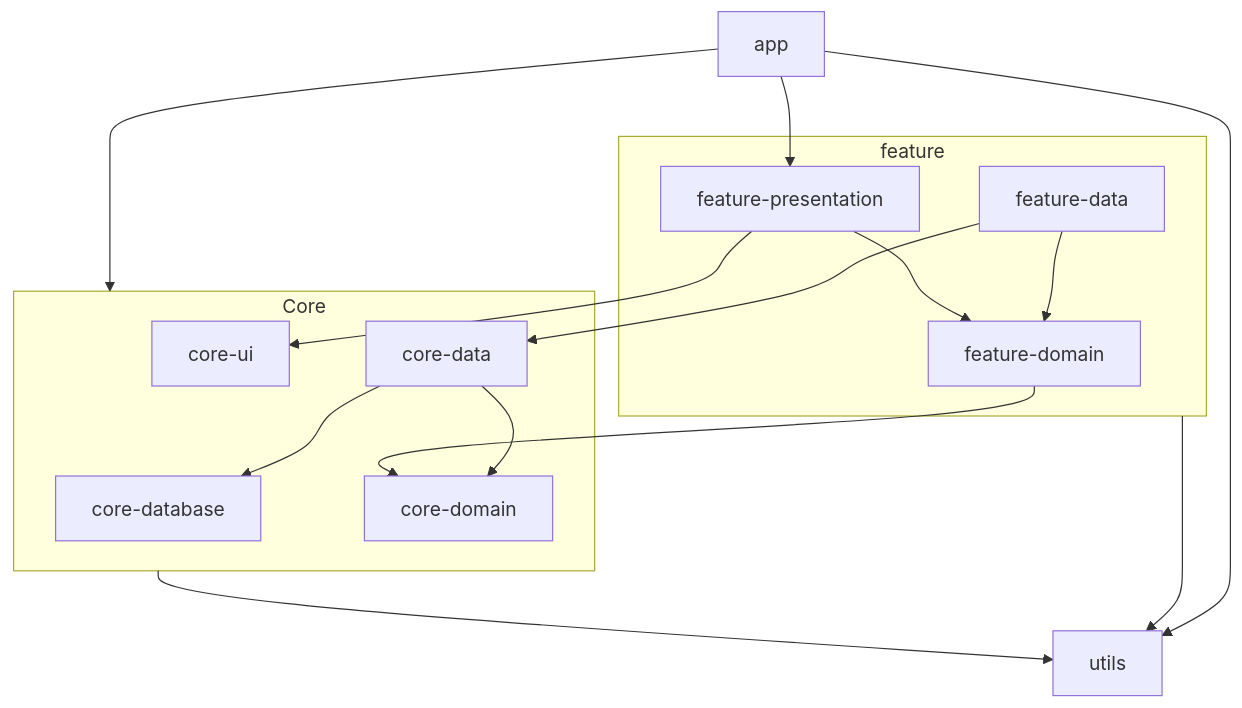
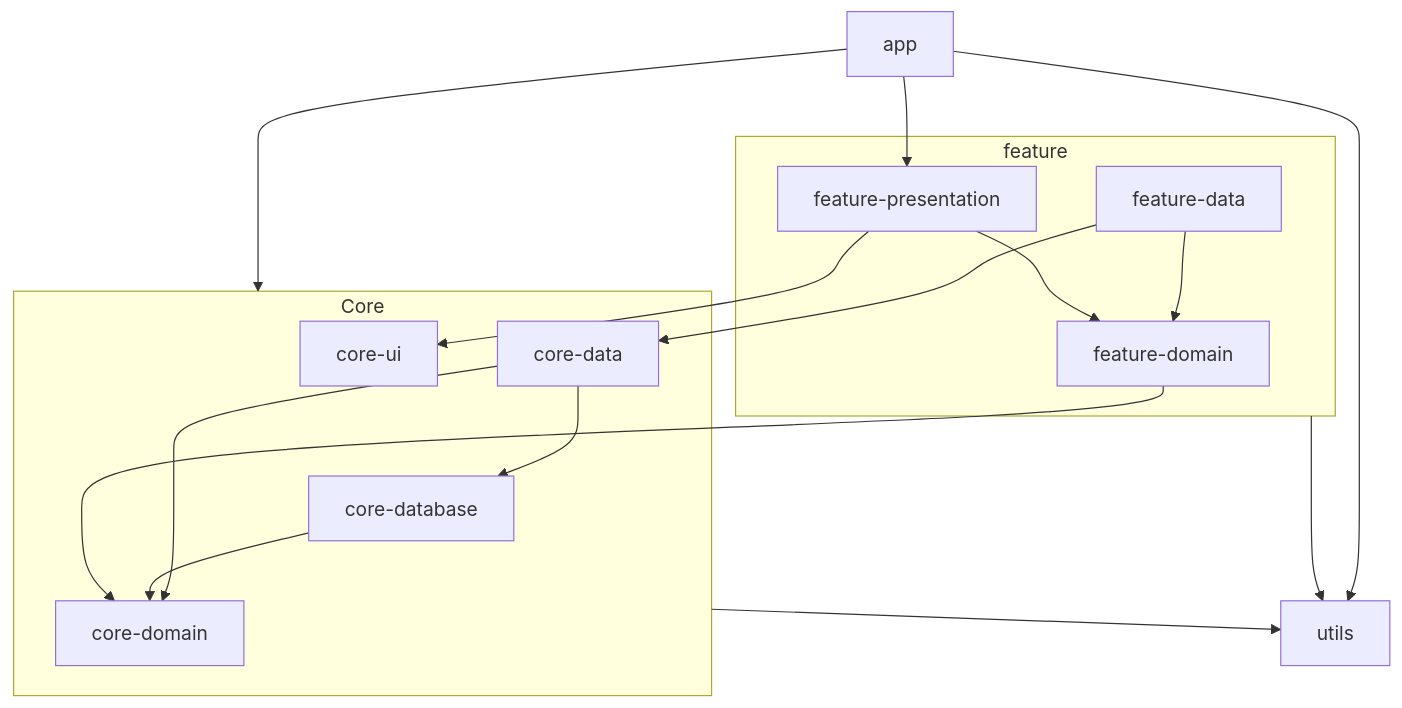
One commit to mutkuensert/MovieDb-Light changed the second of 2 diagrams in README.md. Above: the diagram before and after it, drawn with Mermaid.

````diff
--- a/README.md
+++ b/README.md
@@ -52,40 +52,41 @@
 ```mermaid
 graph TD
 
     App[app]
     Utils[utils]
 
     subgraph Core[Core]
         C1[core-database]
         C2[core-data]
         C3[core-domain]
         C4[core-ui]
     end
 
     subgraph Feature[feature]
         F1[feature-data]
         F2[feature-domain]
         F3[feature-presentation]
     end
 
 %% Libraries module dependencies
     Feature --> Utils
     Core --> Utils
     App --> Utils
 
 %% Core module dependencies
     C2 --> C1
     C2 --> C3
+    C1 --> C3
 
 %% Feature module dependencies
     F1 --> C2
     F2 --> C3
     F3 --> C4
     F1 --> F2
     F3 --> F2
 
 %% App dependencies
     App --> Core
     App --> F3
 
 ```
````
